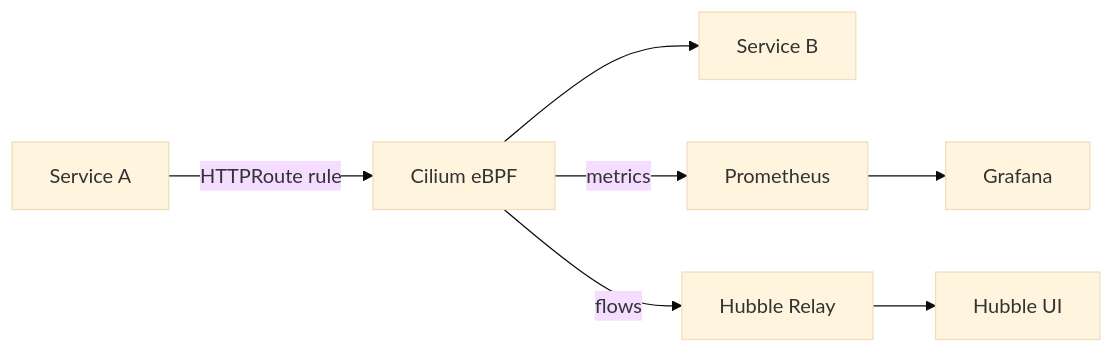
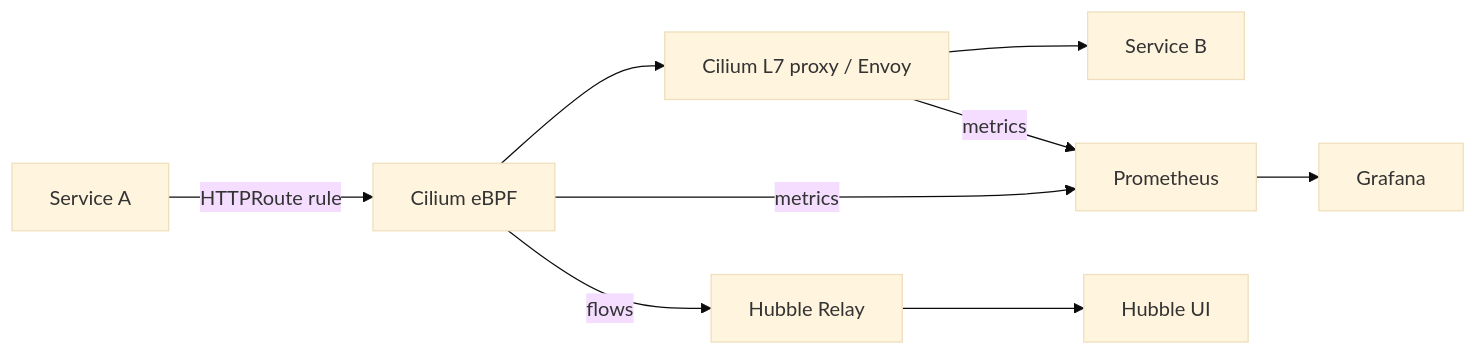
The diagram in posts/2026-03-13-monitor-cilium-gamma-support/README.md (OneUptime/blog), drawn with Mermaid (base theme) before and after one commit. The commit also changed other lines of this file and 2 other files, not shown here.

Commit message:
validate: 2026-03-13-monitor-cilium-gamma-support

````diff
--- a/posts/2026-03-13-monitor-cilium-gamma-support/README.md
+++ b/posts/2026-03-13-monitor-cilium-gamma-support/README.md
@@ -42,9 +45,11 @@
 ```mermaid
 flowchart LR
     A[Service A] -->|HTTPRoute rule| B[Cilium eBPF]
-    B --> C[Service B]
+    B --> H[Cilium L7 proxy / Envoy]
+    H --> C[Service B]
     B -->|metrics| D[Prometheus]
+    H -->|metrics| D
     B -->|flows| E[Hubble Relay]
     D --> F[Grafana]
     E --> G[Hubble UI]
 ```
````
